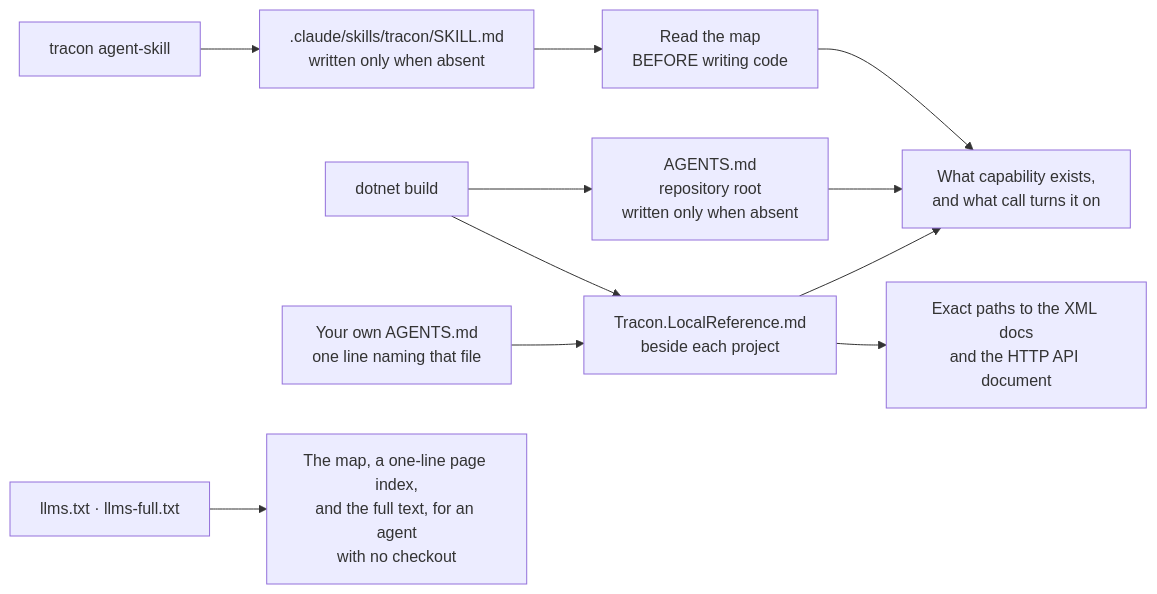
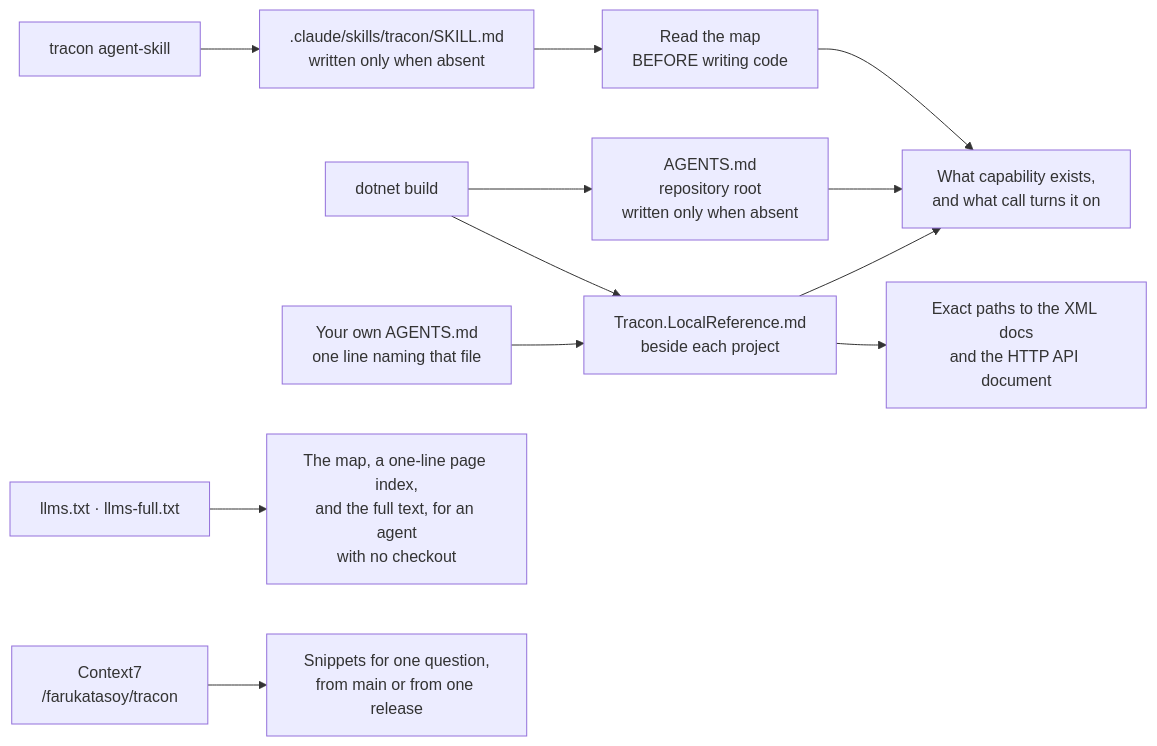
Before and after one commit to farukatasoy/Tracon: the diagram in docs-site/src/content/docs/guides/coding-agents.md, drawn with Mermaid. The commit also changed other lines of this file and 3 other files, not shown here.

Commit message:
feat: run the scan in the release rehearsal and describe Context7 for coding agents

````diff
--- a/docs-site/src/content/docs/guides/coding-agents.md
+++ b/docs-site/src/content/docs/guides/coding-agents.md
@@ -52,15 +52,16 @@
 ```mermaid
 flowchart LR
     accTitle: What a coding agent reads, and which question each file answers
-    accDescr: The tool writes the gate skill, which sends the agent to the map before it writes code. The build writes the capability map and the local reference. The local reference names the map on disk, so a repository that keeps its own instructions reaches it through one pointer line. The site copies serve an agent with no checkout.
+    accDescr: The tool writes the gate skill, which sends the agent to the map before it writes code. The build writes the capability map and the local reference. The local reference names the map on disk, so a repository that keeps its own instructions reaches it through one pointer line. The site copies serve an agent with no checkout, and the Context7 library answers one question at a time, for the main branch or for one release.
     TOOL["tracon agent-skill"] --> SKILL[".claude/skills/tracon/SKILL.md<br/>written only when absent"]
     SKILL --> Q0["Read the map<br/>BEFORE writing code"]
     Q0 --> Q1
     BUILD["dotnet build"] --> MAP["AGENTS.md<br/>repository root<br/>written only when absent"]
     BUILD --> LOCAL["Tracon.LocalReference.md<br/>beside each project"]
     OWN["Your own AGENTS.md<br/>one line naming that file"] --> LOCAL
     MAP --> Q1["What capability exists,<br/>and what call turns it on"]
     LOCAL --> Q1
     LOCAL --> Q2["Exact paths to the XML docs<br/>and the HTTP API document"]
     SITE["llms.txt · llms-full.txt"] --> Q3["The map, a one-line page index,<br/>and the full text, for an agent<br/>with no checkout"]
+    C7["Context7<br/>/farukatasoy/tracon"] --> Q4["Snippets for one question,<br/>from main or from one release"]
 ```
````
